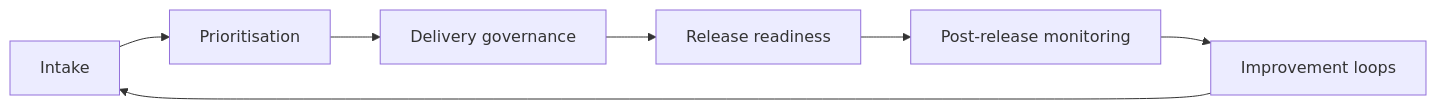
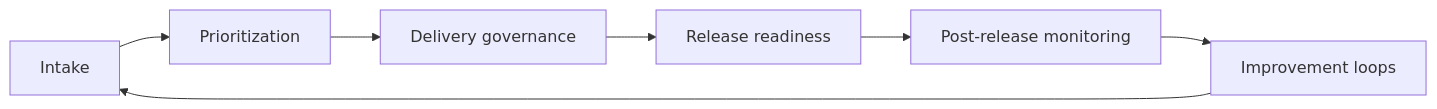
Before and after one commit to simaba/governance-playbook: the diagram in README.md, drawn with Mermaid. The commit also changed other lines of this file, not shown here.

````diff
--- a/README.md
+++ b/README.md
@@ -20,9 +25,9 @@
 ```mermaid
 flowchart LR
-    A[Intake] --> B[Prioritisation]
+    A[Intake] --> B[Prioritization]
     B --> C[Delivery governance]
     C --> D[Release readiness]
     D --> E[Post-release monitoring]
     E --> F[Improvement loops]
     F --> A
 ```
````
